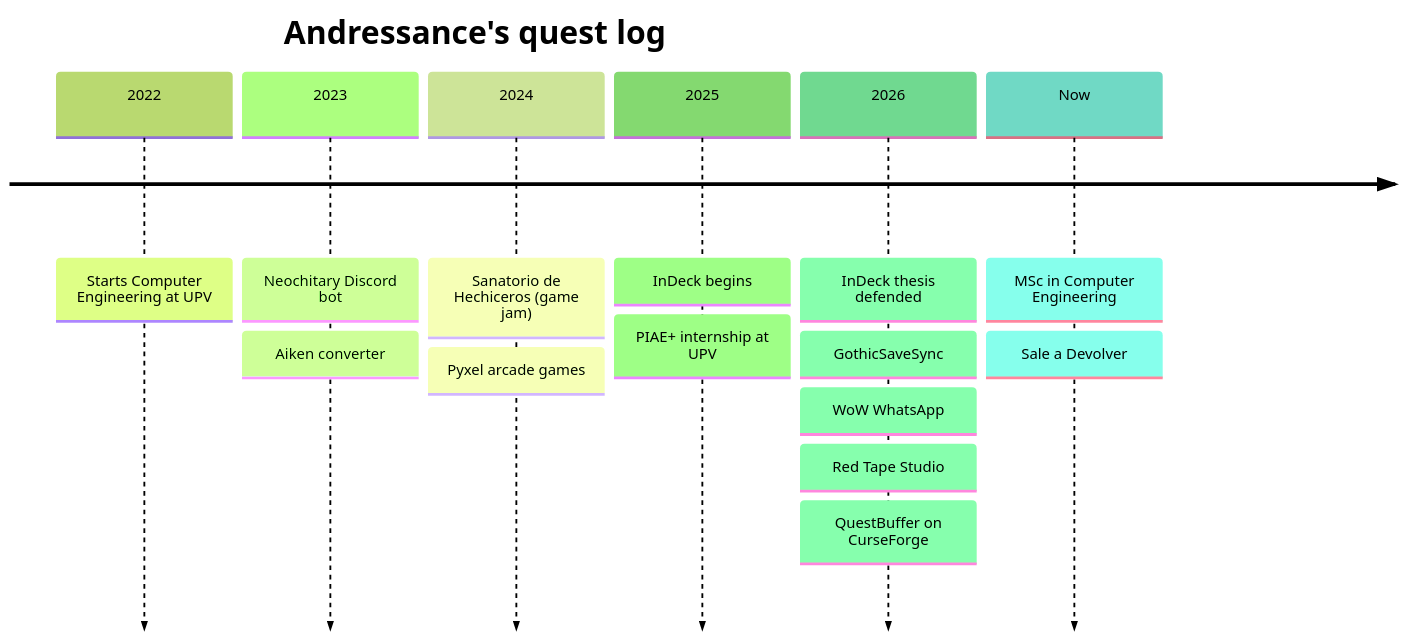
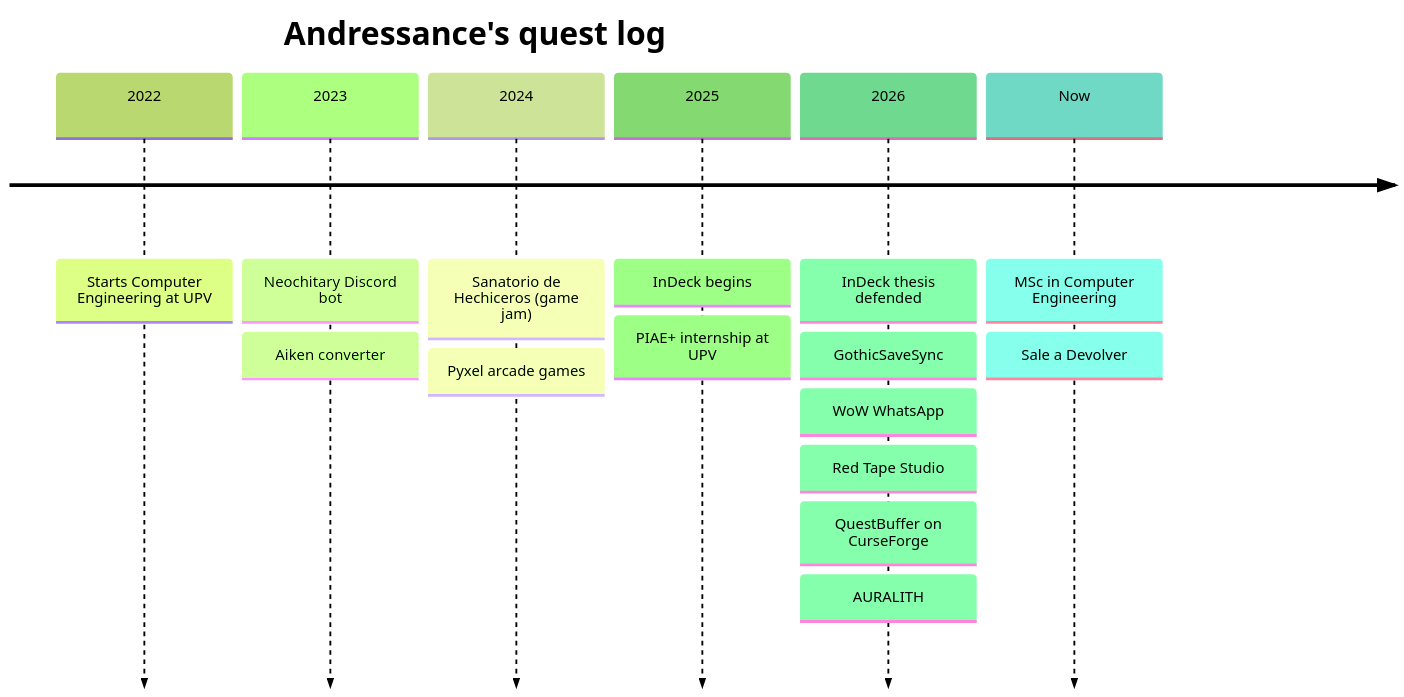
One commit to Andressance/Andressance changed the diagram in README.md. Above: the diagram before and after it, drawn with Mermaid (forest theme). The commit also changed other lines of this file and 2 other files, not shown here.

Commit message:
Add AURALITH with its logo; split Side Quests into two rows of two cards

````diff
--- a/README.md
+++ b/README.md
@@ -104,10 +119,10 @@
 ```mermaid
 timeline
     title Andressance's quest log
     2022 : Starts Computer Engineering at UPV
     2023 : Neochitary Discord bot : Aiken converter
     2024 : Sanatorio de Hechiceros (game jam) : Pyxel arcade games
     2025 : InDeck begins : PIAE+ internship at UPV
-    2026 : InDeck thesis defended : GothicSaveSync : WoW WhatsApp : Red Tape Studio : QuestBuffer on CurseForge
+    2026 : InDeck thesis defended : GothicSaveSync : WoW WhatsApp : Red Tape Studio : QuestBuffer on CurseForge : AURALITH
     Now : MSc in Computer Engineering : Sale a Devolver
 ```
````
